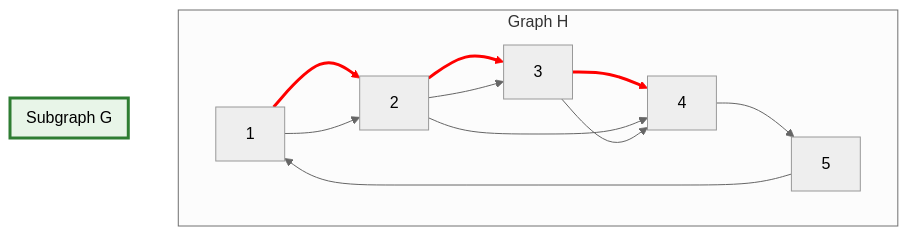
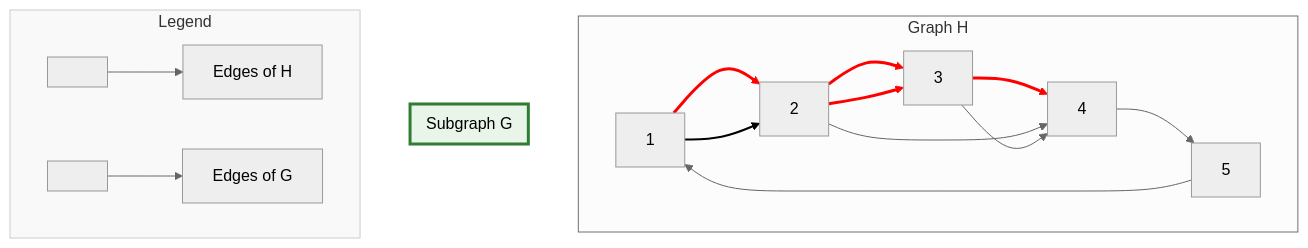
Before and after one commit to Prodaturu/Obsidian: the second of 2 diagrams in Mathematical Notions and Terminology in Information Theory 0.2.md, drawn with Mermaid (neutral theme). The commit also changed 1 other file, not shown here.

Commit message:
vault sync: 2025-11-18 23:22:22

````diff
--- a/Mathematical Notions and Terminology in Information Theory 0.2.md
+++ b/Mathematical Notions and Terminology in Information Theory 0.2.md
@@ -388,35 +388,48 @@
 ```mermaid
 graph TB
     subgraph H[Graph H]
         A[1]
         B[2]
         C[3]
         D[4]
         E[5]
         
         A --> B
         B --> C
         C --> D
         D --> E
         E --> A
         B --> D
     end
     
     subgraph G[Subgraph G]
         A
         B
         C
         D
         A --> B
         B --> C
         C --> D
     end
     
     classDef subgraphStyle fill:#e8f5e8,stroke:#2e7d32,stroke-width:3px
     class G subgraphStyle
     
     %% Color the edges in subgraph G
     linkStyle 0 stroke:#ff0000,stroke-width:3px,color:#ff0000
     linkStyle 1 stroke:#ff0000,stroke-width:3px,color:#ff0000  
     linkStyle 2 stroke:#ff0000,stroke-width:3px,color:#ff0000
+    
+    %% Legend section
+    subgraph Legend[Legend]
+        direction LR
+        LH[ ] --> LHT[Edges of H]
+        LG[ ] --> LGT[Edges of G]
+    end
+    
+    linkStyle 6 stroke:#000000,stroke-width:2px,color:#000000
+    linkStyle 7 stroke:#ff0000,stroke-width:3px,color:#ff0000
+    
+    class Legend legendBox
+    classDef legendBox fill:#f9f9f9,stroke:#cccccc,stroke-width:1px
 ```
````
